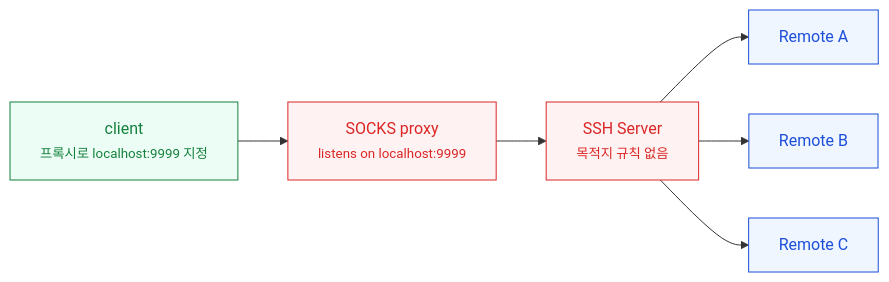
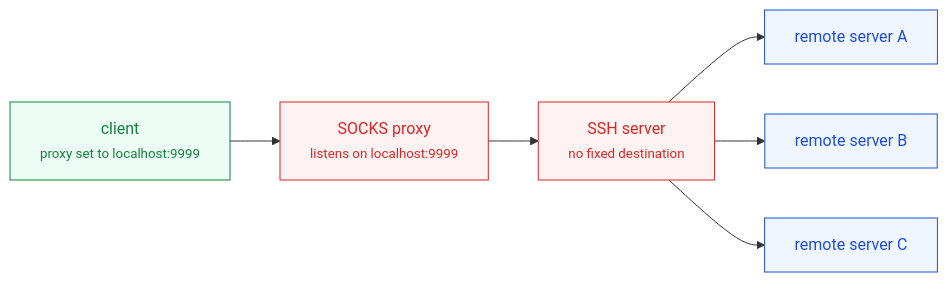
The second of 3 diagrams in _drafts/ko/proxy-and-port-forwarding.md (ssyrc/ssyrc.github.io), drawn with Mermaid before and after one commit. The commit also changed other lines of this file and 3 other files, not shown here.

First line of the commit message:
Write all diagram labels in English

````diff
--- a/_drafts/ko/proxy-and-port-forwarding.md
+++ b/_drafts/ko/proxy-and-port-forwarding.md
@@ -73,16 +73,16 @@
 ```mermaid
 flowchart LR
-    C["client<br/><small>프록시로 localhost:9999 지정</small>"] --> P["SOCKS proxy<br/><small>listens on localhost:9999</small>"]
-    P --> H["SSH Server<br/><small>목적지 규칙 없음</small>"]
-    H --> A["Remote A"]
-    H --> B["Remote B"]
-    H --> D["Remote C"]
+    C["client<br/><small>proxy set to localhost:9999</small>"] --> P["SOCKS proxy<br/><small>listens on localhost:9999</small>"]
+    P --> H["SSH server<br/><small>no fixed destination</small>"]
+    H --> A["remote server A"]
+    H --> B["remote server B"]
+    H --> D["remote server C"]
     class C client
     class P proxy
     class H proxy
     class A,B,D server
     classDef client fill:#ecfdf5,stroke:#15803d,color:#15803d
     classDef proxy  fill:#fef2f2,stroke:#dc2626,color:#dc2626
     classDef server fill:#eff6ff,stroke:#1d4ed8,color:#1d4ed8
     classDef kernel fill:#ffffff,stroke:#dc2626,color:#64748b,stroke-dasharray:6 5
 ```
````
